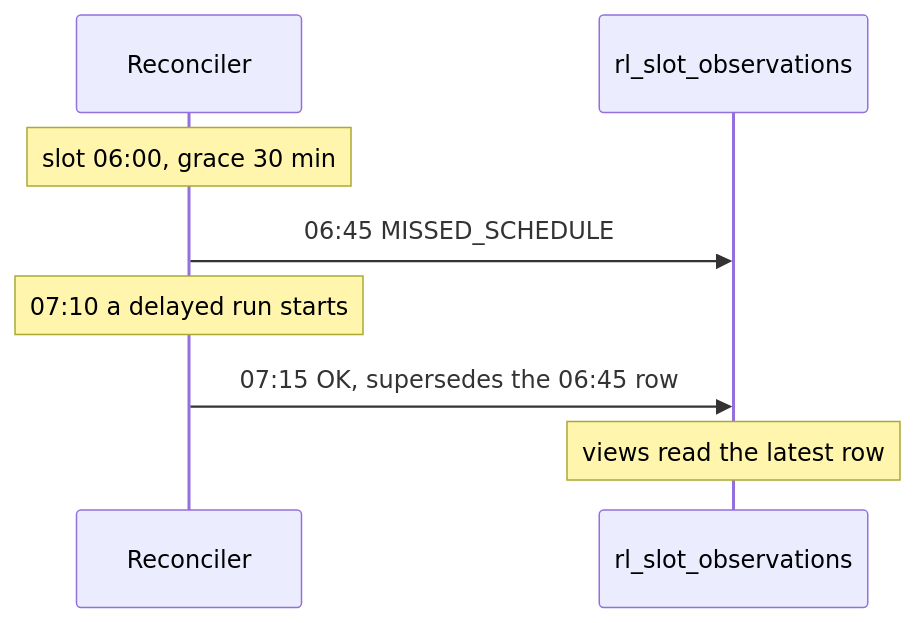
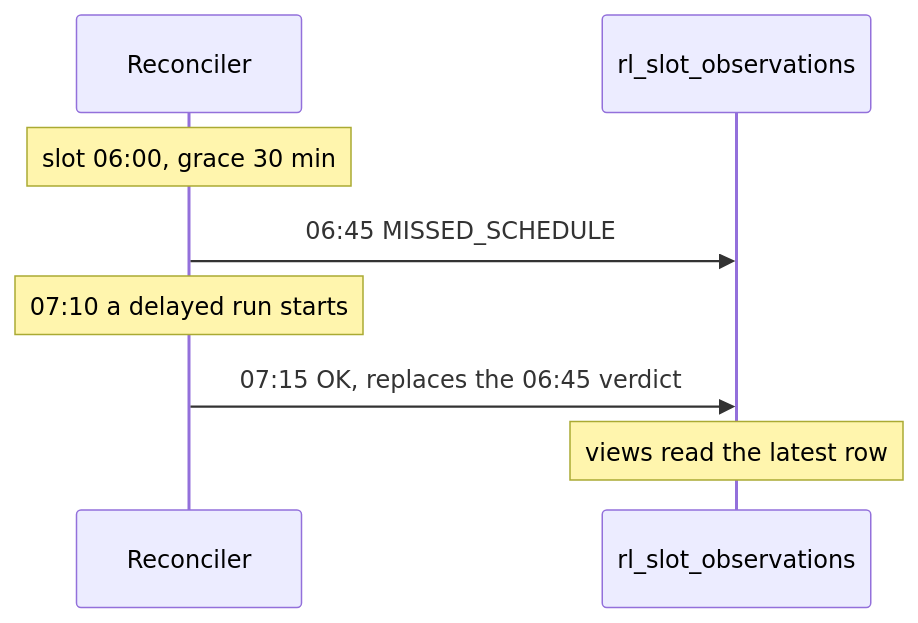
One commit to arbaizam/lakehouse_runledger changed diagram 17 of 29 in docs/design.md. Above: the diagram before and after it, drawn with Mermaid. The commit also changed other lines of this file, not shown here.

````diff
--- a/docs/design.md
+++ b/docs/design.md
@@ -1188,10 +1241,10 @@
 ```mermaid
 sequenceDiagram
   participant R as Reconciler
   participant O as rl_slot_observations
   Note over R: slot 06:00, grace 30 min
   R->>O: 06:45 MISSED_SCHEDULE
   Note over R: 07:10 a delayed run starts
-  R->>O: 07:15 OK, supersedes the 06:45 row
+  R->>O: 07:15 OK, replaces the 06:45 verdict
   Note over O: views read the latest row
 ```
````
